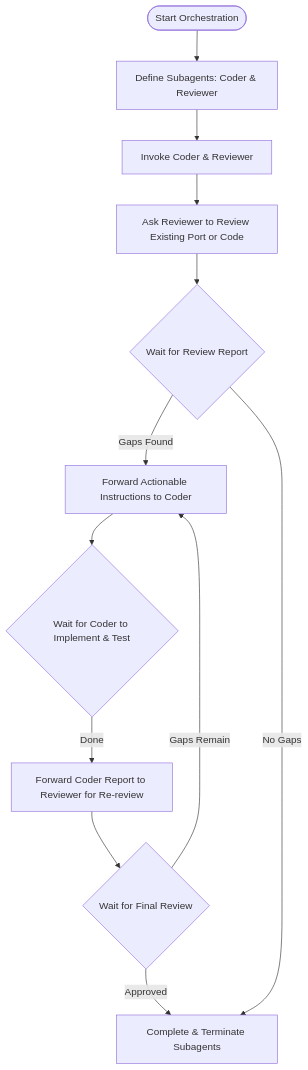
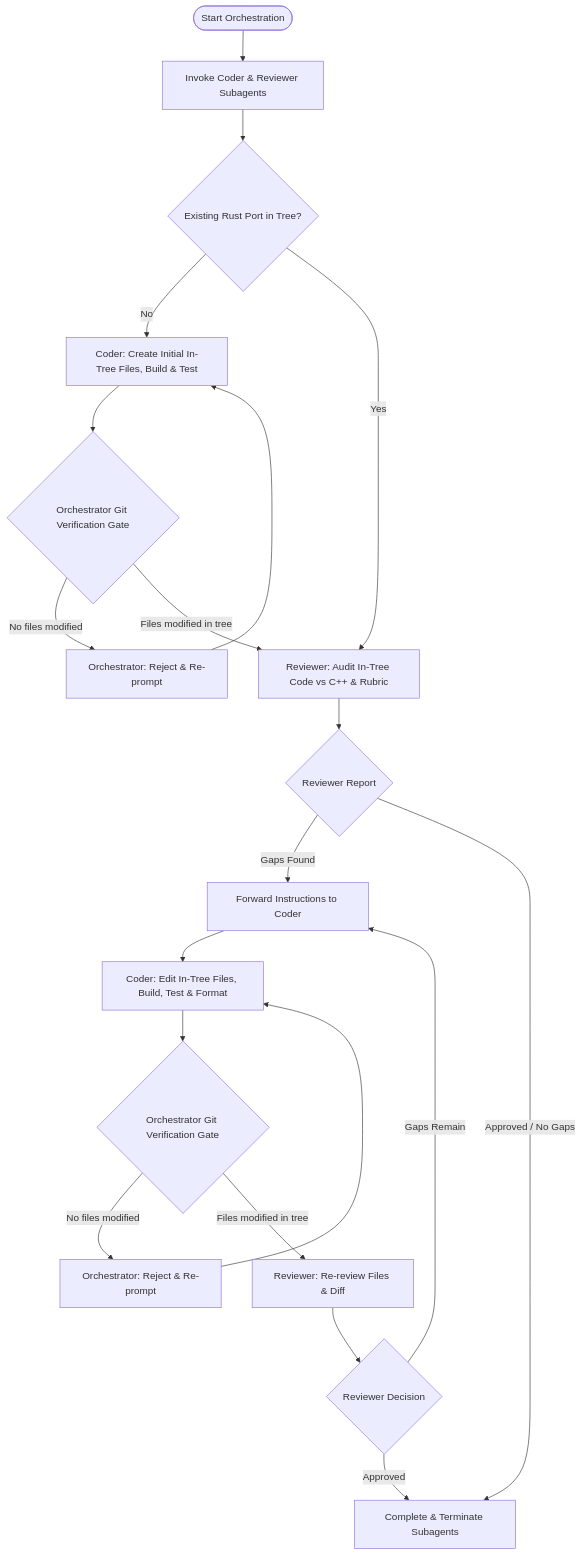
One commit to lachlanmackenzie1234/fuchsia changed the diagram in zircon/skills/cpp-to-rust/SKILL.md. Above: the diagram before and after it, drawn with Mermaid. The commit also changed other lines of this file and 4 other files, not shown here.

First line of the commit message:
[zircon] Update cpp-to-rust skills and subagents

````diff
--- a/zircon/skills/cpp-to-rust/SKILL.md
+++ b/zircon/skills/cpp-to-rust/SKILL.md
@@ -17,14 +22,26 @@
 ```mermaid
 graph TD
-    Start([Start Orchestration]) --> Define[Define Subagents: Coder & Reviewer]
-    Define --> Invoke[Invoke Coder & Reviewer]
-    Invoke --> AskReview[Ask Reviewer to Review Existing Port or Code]
-    AskReview --> WaitReview{Wait for Review Report}
-    WaitReview -- Gaps Found --> Forward[Forward Actionable Instructions to Coder]
-    Forward --> WaitCoder{Wait for Coder to Implement & Test}
-    WaitCoder -- Done --> AskReReview[Forward Coder Report to Reviewer for Re-review]
-    AskReReview --> WaitReReview{Wait for Final Review}
-    WaitReReview -- Gaps Remain --> Forward
-    WaitReReview -- Approved --> Done[Complete & Terminate Subagents]
-    WaitReview -- No Gaps --> Done
+    Start([Start Orchestration]) --> Subagents[Invoke Coder & Reviewer Subagents]
+    Subagents --> CheckExists{Existing Rust Port in Tree?}
+
+    CheckExists -- No --> CoderInitial[Coder: Create Initial In-Tree Files, Build & Test]
+    CoderInitial --> GitGateInitial{Orchestrator Git Verification Gate}
+    GitGateInitial -- No files modified --> RejectInitial[Orchestrator: Reject & Re-prompt]
+    RejectInitial --> CoderInitial
+    GitGateInitial -- Files modified in tree --> ReviewExisting
+
+    CheckExists -- Yes --> ReviewExisting[Reviewer: Audit In-Tree Code vs C++ & Rubric]
+
+    ReviewExisting --> ReviewReport{Reviewer Report}
+    ReviewReport -- Gaps Found --> ForwardToCoder[Forward Instructions to Coder]
+    ReviewReport -- Approved / No Gaps --> Complete[Complete & Terminate Subagents]
+
+    ForwardToCoder --> CoderLoop[Coder: Edit In-Tree Files, Build, Test & Format]
+    CoderLoop --> GitGateLoop{Orchestrator Git Verification Gate}
+    GitGateLoop -- No files modified --> RejectLoop[Orchestrator: Reject & Re-prompt]
+    RejectLoop --> CoderLoop
+    GitGateLoop -- Files modified in tree --> ReviewerReReview[Reviewer: Re-review Files & Diff]
+    ReviewerReReview --> ReReviewReport{Reviewer Decision}
+    ReReviewReport -- Gaps Remain --> ForwardToCoder
+    ReReviewReport -- Approved --> Complete
 ```
````
